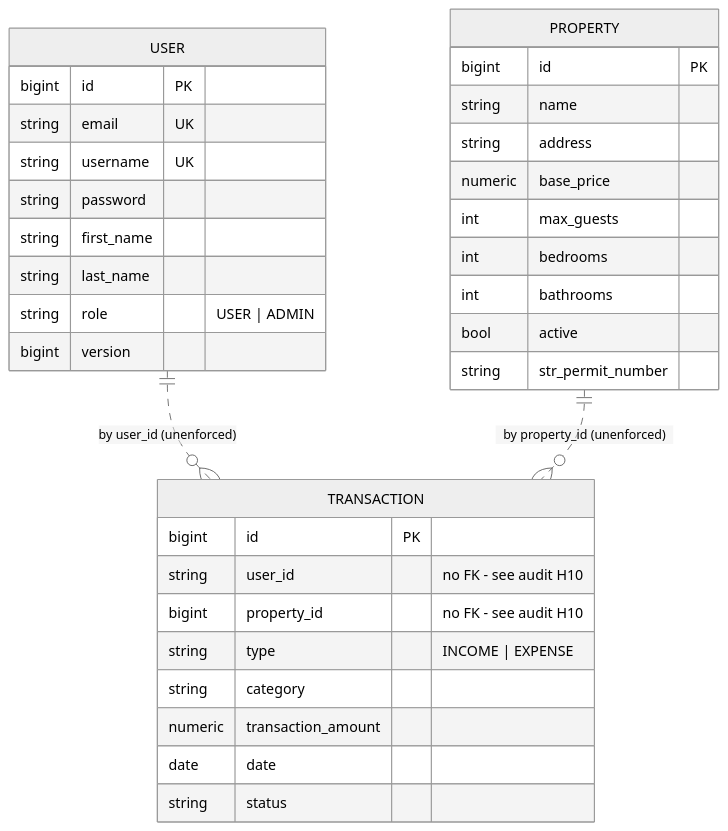
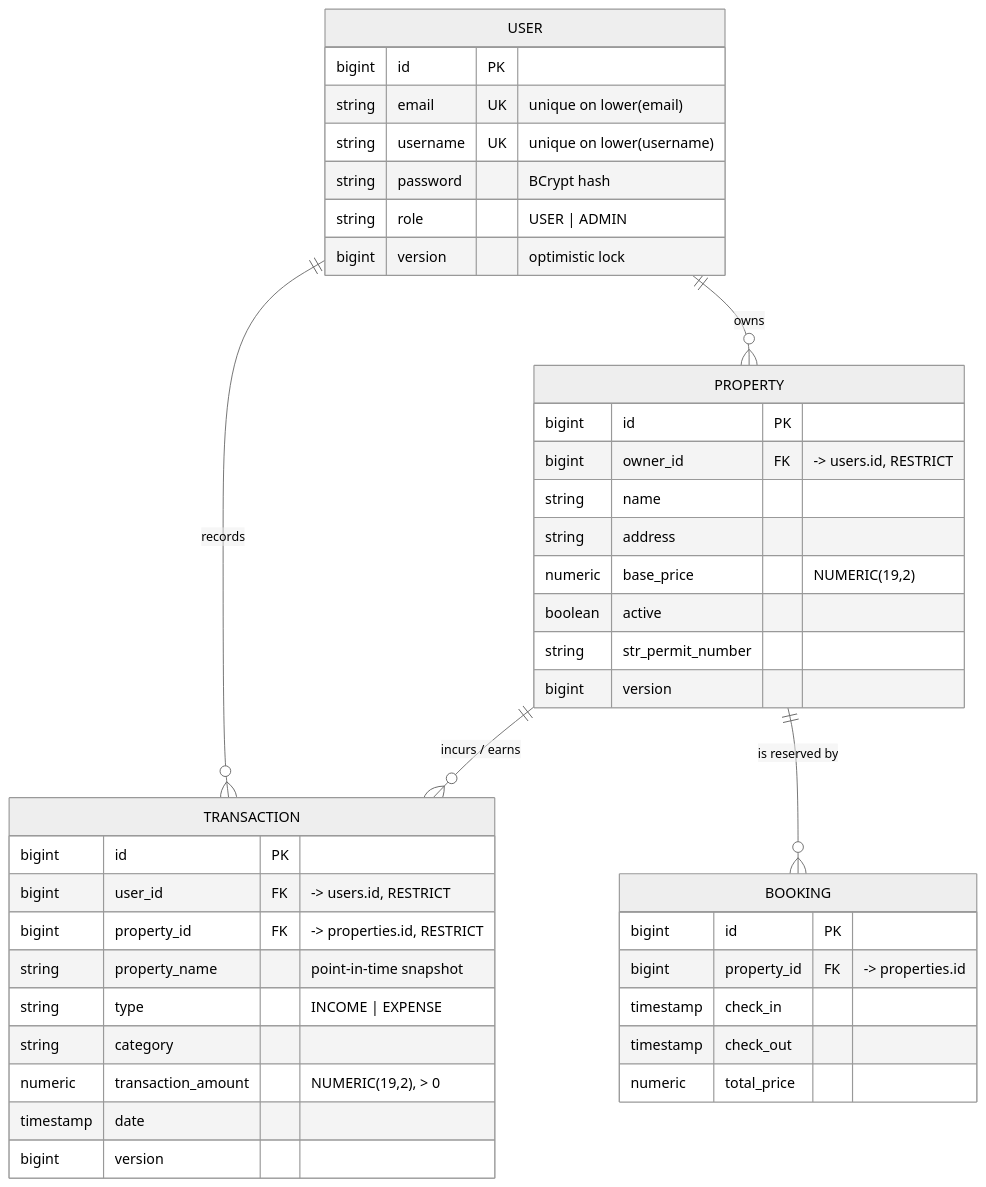
The diagram in README.md (HoseaCodes/PropFlow-API), drawn with Mermaid (neutral theme) before and after one commit. The commit also changed other lines of this file and 20 other files, not shown here.

````diff
--- a/README.md
+++ b/README.md
@@ -28,37 +28,44 @@
 ```mermaid
 erDiagram
+    USER ||--o{ PROPERTY : owns
+    USER ||--o{ TRANSACTION : records
+    PROPERTY ||--o{ TRANSACTION : "incurs / earns"
+    PROPERTY ||--o{ BOOKING : "is reserved by"
+
     USER {
         bigint id PK
-        string email UK
-        string username UK
-        string password
-        string first_name
-        string last_name
+        string email UK "unique on lower(email)"
+        string username UK "unique on lower(username)"
+        string password "BCrypt hash"
         string role "USER | ADMIN"
-        bigint version
+        bigint version "optimistic lock"
     }
     PROPERTY {
         bigint id PK
+        bigint owner_id FK "-> users.id, RESTRICT"
         string name
         string address
-        numeric base_price
-        int max_guests
-        int bedrooms
-        int bathrooms
-        bool active
+        numeric base_price "NUMERIC(19,2)"
+        boolean active
         string str_permit_number
+        bigint version
     }
     TRANSACTION {
         bigint id PK
-        string user_id "no FK - see audit H10"
-        bigint property_id "no FK - see audit H10"
+        bigint user_id FK "-> users.id, RESTRICT"
+        bigint property_id FK "-> properties.id, RESTRICT"
+        string property_name "point-in-time snapshot"
         string type "INCOME | EXPENSE"
         string category
-        numeric transaction_amount
-        date date
-        string status
+        numeric transaction_amount "NUMERIC(19,2), > 0"
+        timestamp date
+        bigint version
     }
-
-    USER ||..o{ TRANSACTION : "by user_id (unenforced)"
-    PROPERTY ||..o{ TRANSACTION : "by property_id (unenforced)"
+    BOOKING {
+        bigint id PK
+        bigint property_id FK "-> properties.id"
+        timestamp check_in
+        timestamp check_out
+        numeric total_price
+    }
 ```
````
